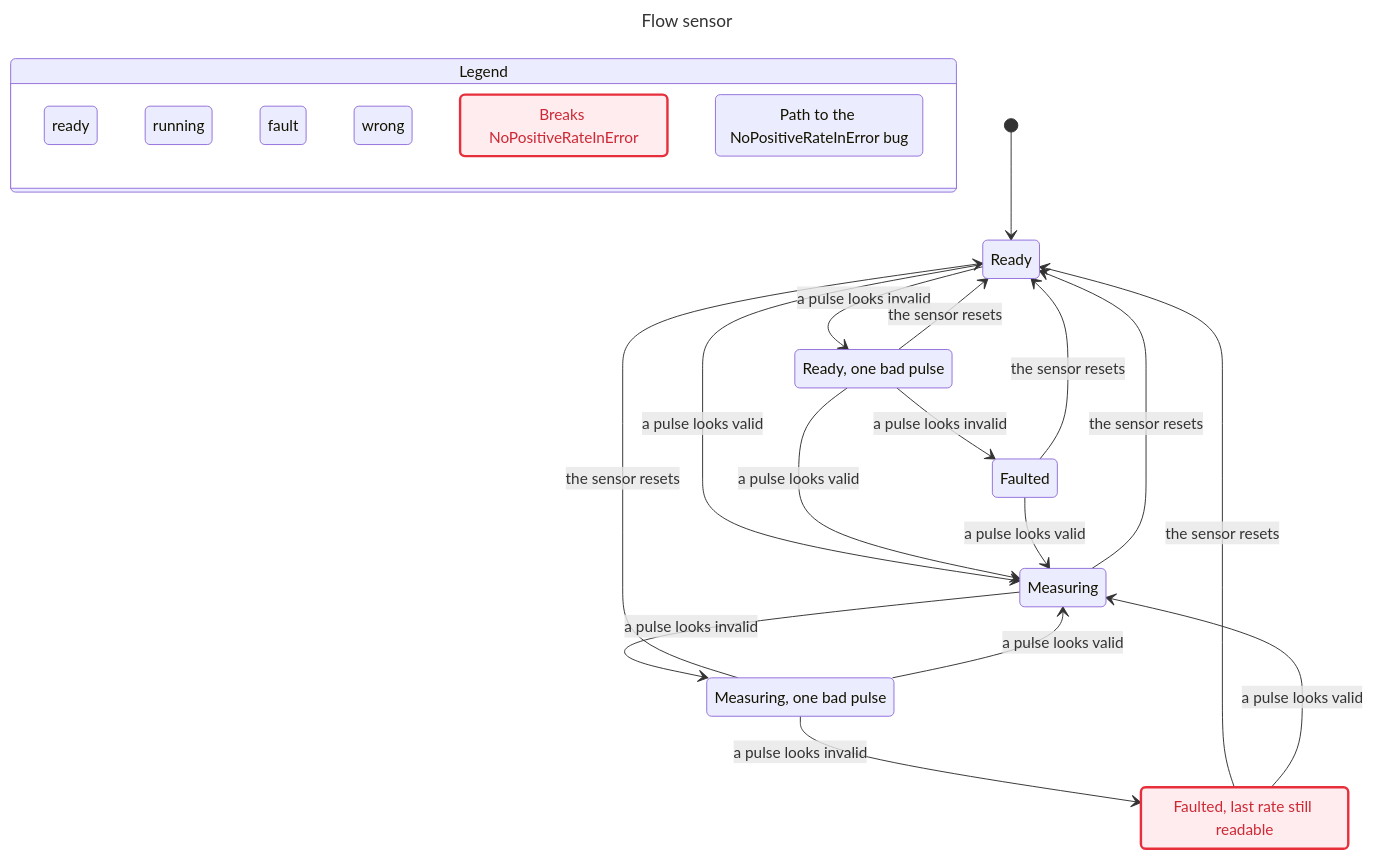
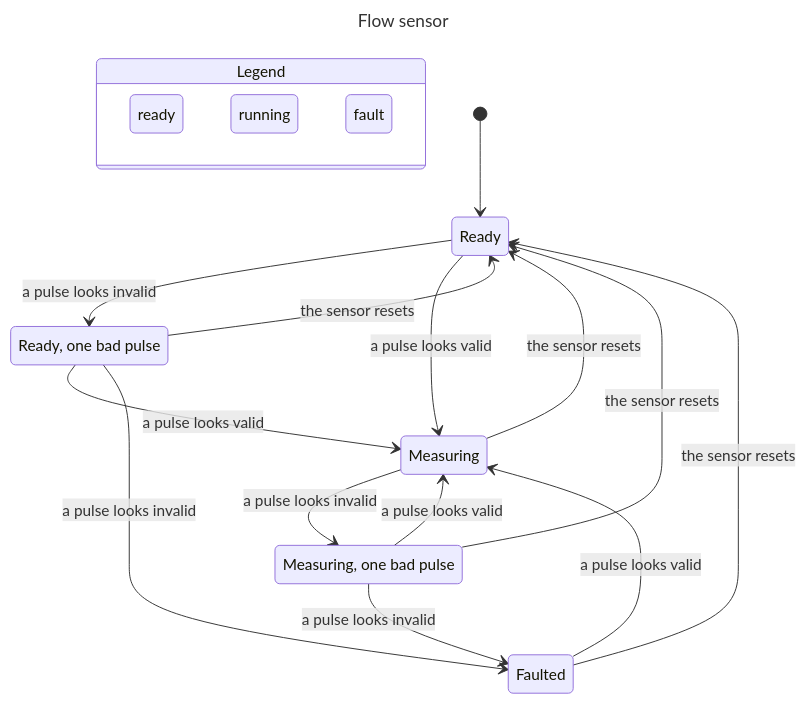
One commit to calamrc/water-pump-project changed the diagram in .grok/skills/verify-flow-sensor/chart.mmd. Above: the diagram before and after it, drawn with Mermaid. The commit also changed 4 other files, not shown here.

First line of the commit message:
test(firmware): match the sensor model to clearing the period on error

```diff
--- a/.grok/skills/verify-flow-sensor/chart.mmd
+++ b/.grok/skills/verify-flow-sensor/chart.mmd
@@ -1,51 +1,35 @@
 ---
 title: "Flow sensor"
 ---
 stateDiagram-v2
   state "Legend" as legend {
     lg0: ready
     lg1: running
     lg2: fault
-    lg3: wrong
-    lg4: Breaks NoPositiveRateInError
-    lg5: Path to the NoPositiveRateInError bug
   }
   class lg0 yellow
   class lg1 teal
   class lg2 orange
-  class lg3 pink
-  class lg4 breaks
-  class lg5 bugPath
   s0: Ready
   s1: Ready, one bad pulse
   s2: Measuring
   s3: Faulted
   s4: Measuring, one bad pulse
-  s5: Faulted, last rate still readable
   [*] --> s0
   s0 --> s1: a pulse looks invalid
   s0 --> s2: a pulse looks valid
   s1 --> s0: the sensor resets
   s1 --> s2: a pulse looks valid
   s1 --> s3: a pulse looks invalid
   s2 --> s0: the sensor resets
   s2 --> s4: a pulse looks invalid
   s3 --> s0: the sensor resets
   s3 --> s2: a pulse looks valid
   s4 --> s0: the sensor resets
   s4 --> s2: a pulse looks valid
-  s4 --> s5: a pulse looks invalid
-  s5 --> s0: the sensor resets
-  s5 --> s2: a pulse looks valid
-  classDef breaks fill:#ffecee,stroke:#e72e3b,stroke-width:2.5px,color:#cd2834
+  s4 --> s3: a pulse looks invalid
   class s0 yellow
-  class s0 bugPath
   class s1 yellow
   class s2 teal
-  class s2 bugPath
   class s3 orange
   class s4 teal
-  class s4 bugPath
-  class s5 pink
-  class s5 breaks
-  class s5 bugPath
```
